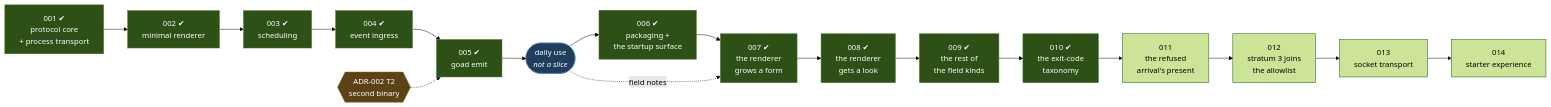
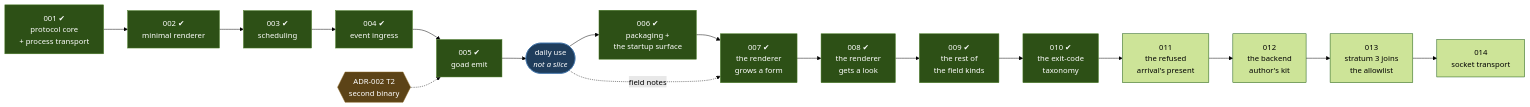
One commit to davidlee/goad changed the diagram in docs/roadmap.md. Above: the diagram before and after it, drawn with Mermaid (forest theme). The commit also changed other lines of this file and 1 other file, not shown here.

First line of the commit message:
roadmap: the backend author's kit moves up to 012

````diff
--- a/docs/roadmap.md
+++ b/docs/roadmap.md
@@ -158,32 +158,32 @@
 ```mermaid
 graph LR
   S1["001 ✔<br/>protocol core<br/>+ process transport"]
   S2["002 ✔<br/>minimal renderer"]
   S3["003 ✔<br/>scheduling"]
   S4["004 ✔<br/>event ingress"]
   S5["005 ✔<br/>goad emit"]
   USE(["daily use<br/><i>not a slice</i>"])
   S6["006 ✔<br/>packaging +<br/>the startup surface"]
   S7["007 ✔<br/>the renderer<br/>grows a form"]
   S8["008 ✔<br/>the renderer<br/>gets a look"]
   S9["009 ✔<br/>the rest of<br/>the field kinds"]
   S10["010 ✔<br/>the exit-code<br/>taxonomy"]
   S11["011<br/>the refused<br/>arrival's present"]
-  S12["012<br/>stratum 3 joins<br/>the allowlist"]
-  S13["013<br/>socket transport"]
-  S14["014<br/>starter experience"]
+  S12["012<br/>the backend<br/>author's kit"]
+  S13["013<br/>stratum 3 joins<br/>the allowlist"]
+  S14["014<br/>socket transport"]
 
   T2{{"ADR-002 T2<br/>second binary"}}
 
   S1 --> S2 --> S3 --> S4 --> S5 --> USE --> S6 --> S7 --> S8 --> S9 --> S10
   S10 --> S11 --> S12 --> S13 --> S14
   T2 -.-> S5
   USE -.->|field notes| S7
 
   classDef done fill:#2d5016,stroke:#4a7c26,color:#fff
   classDef trigger fill:#5c4317,stroke:#8a6620,color:#fff
   classDef use fill:#1f3d5c,stroke:#3a6ea5,color:#fff
   class S1,S2,S3,S4,S5,S6,S7,S8,S9,S10 done
   class T2 trigger
   class USE use
 ```
````
